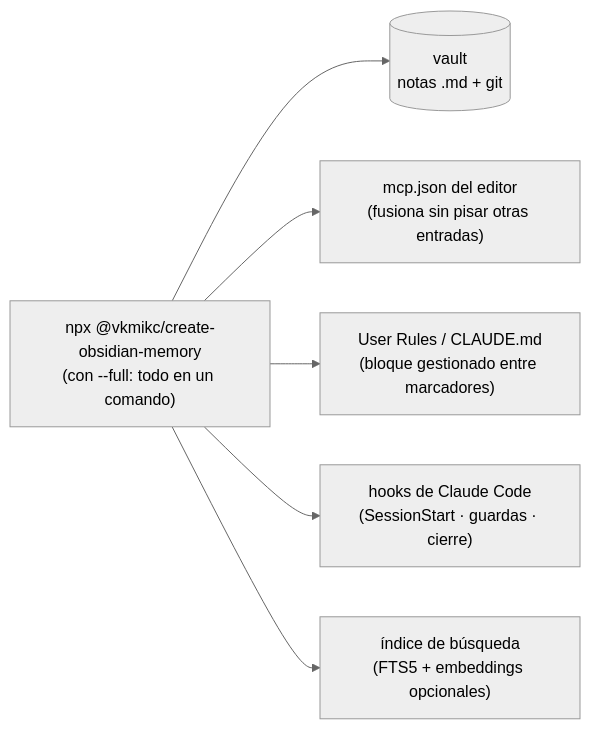
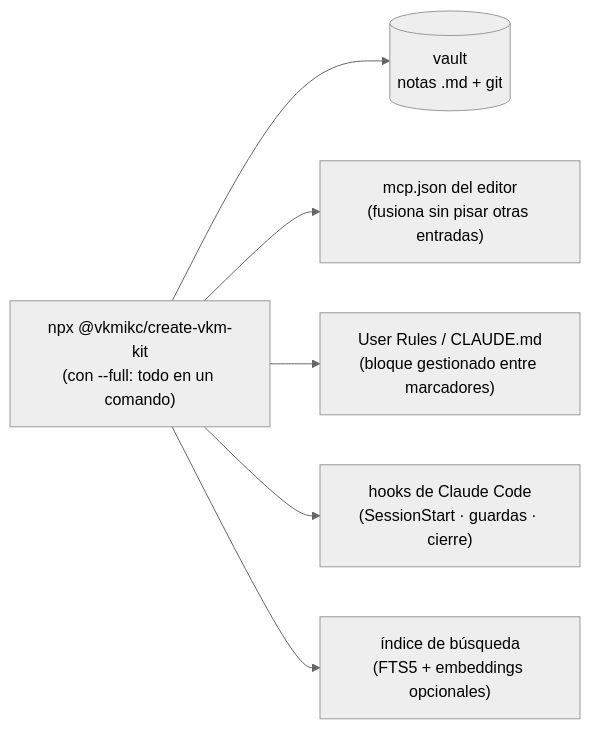
One commit to Vahlame/create-vkm-kit changed the diagram in docs/es/instalacion.md. Above: the diagram before and after it, drawn with Mermaid (neutral theme). The commit also changed other lines of this file and 83 other files, not shown here.

First line of the commit message:
feat!: rename to vkm-kit — 4.0.0 release train (ADR-0041/0050)

````diff
--- a/docs/es/instalacion.md
+++ b/docs/es/instalacion.md
@@ -24,8 +24,8 @@
 ```mermaid
 flowchart LR
-  I["npx @vkmikc/create-obsidian-memory<br/>(con --full: todo en un comando)"] --> V[("vault<br/>notas .md + git")]
+  I["npx @vkmikc/create-vkm-kit<br/>(con --full: todo en un comando)"] --> V[("vault<br/>notas .md + git")]
   I --> M["mcp.json del editor<br/>(fusiona sin pisar otras entradas)"]
   I --> R["User Rules / CLAUDE.md<br/>(bloque gestionado entre marcadores)"]
   I --> H["hooks de Claude Code<br/>(SessionStart · guardas · cierre)"]
   I --> X["índice de búsqueda<br/>(FTS5 + embeddings opcionales)"]
 ```
````
